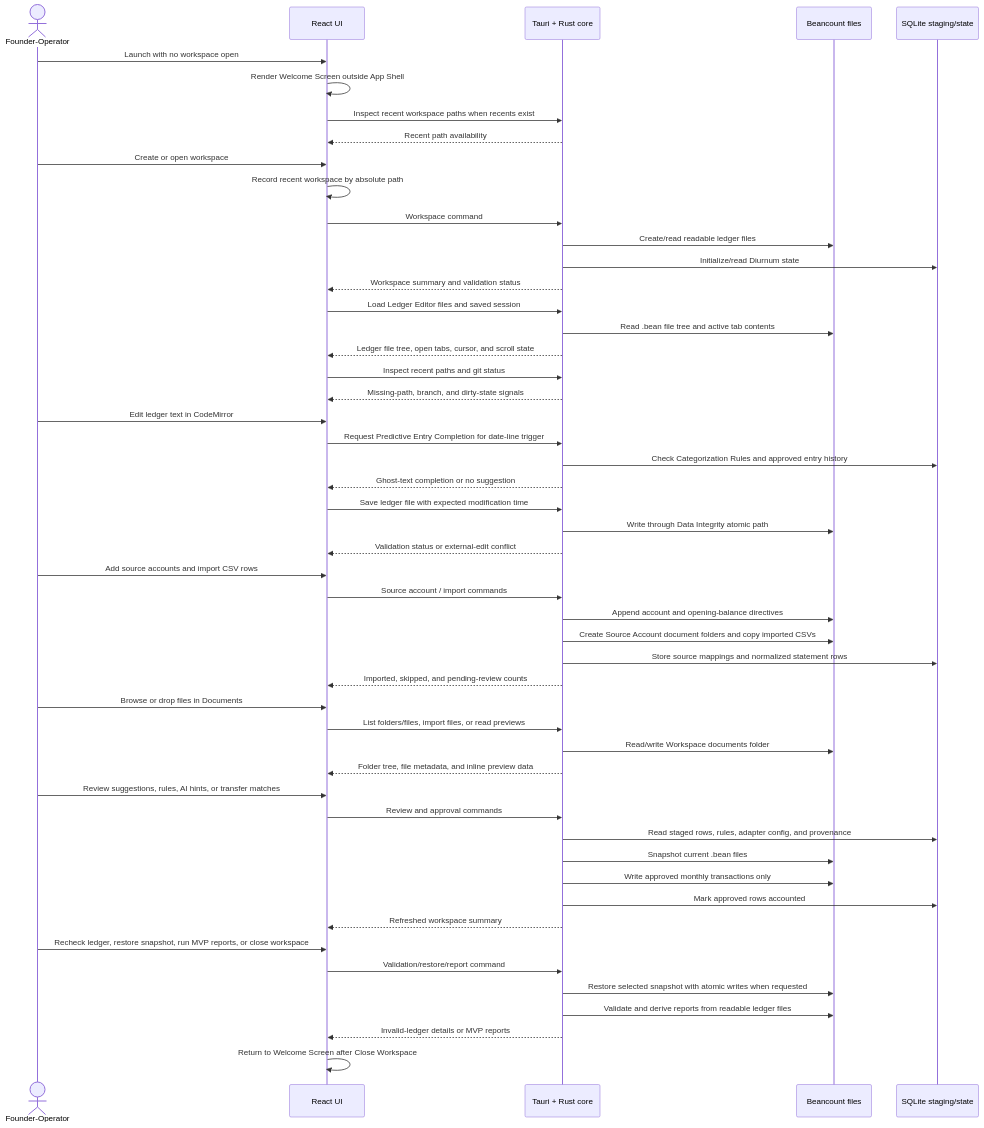
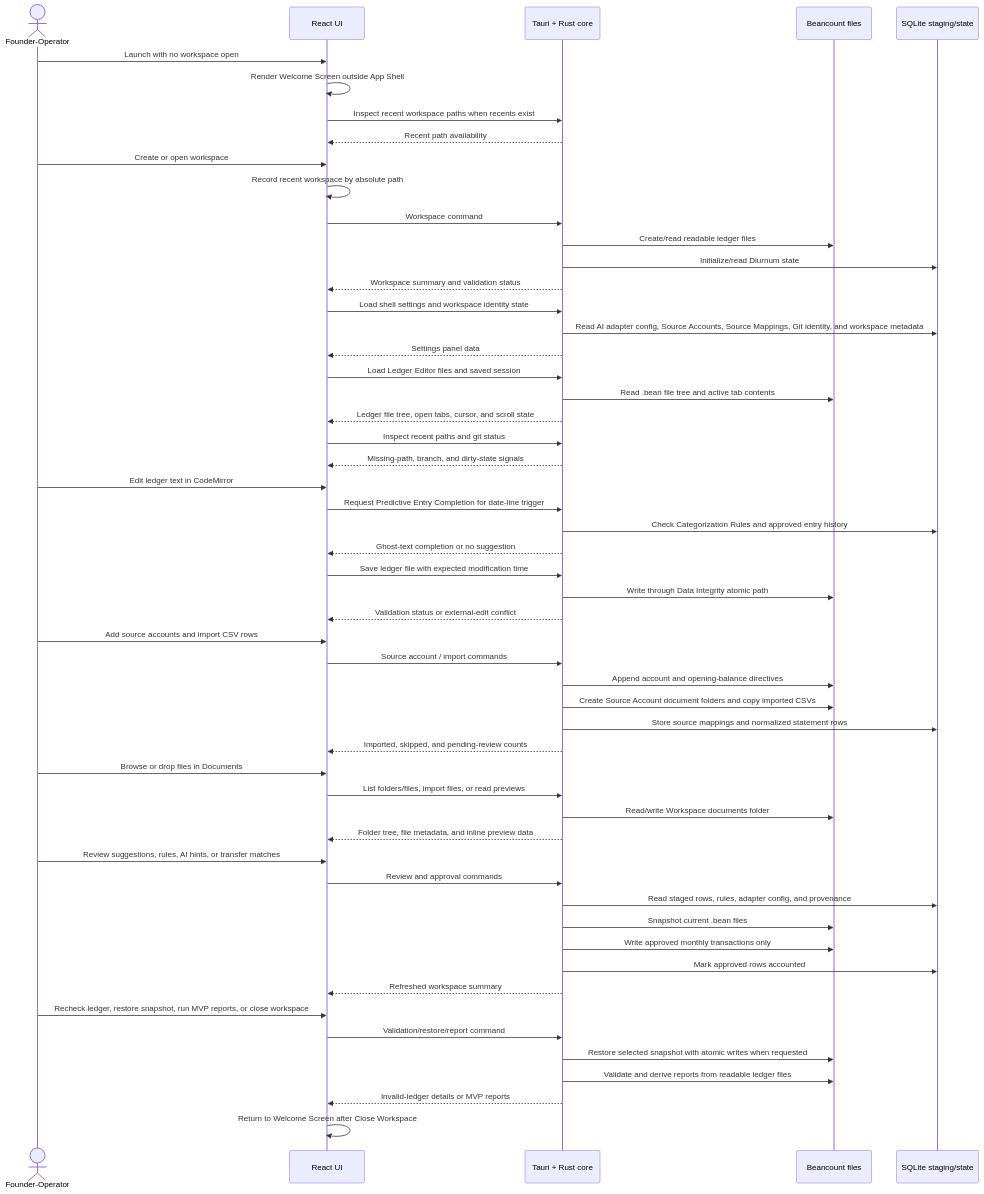
Before and after one commit to Diurnum-Dev/Diurnum: the second of 4 diagrams in docs/architecture.md, drawn with Mermaid. The commit also changed other lines of this file and 16 other files, not shown here.

First line of the commit message:
feat(settings): build V1 workspace settings

````diff
--- a/docs/architecture.md
+++ b/docs/architecture.md
@@ -45,60 +45,63 @@
 ```mermaid
 sequenceDiagram
   actor User as Founder-Operator
   participant UI as React UI
   participant Core as Tauri + Rust core
   participant Ledger as Beancount files
   participant State as SQLite staging/state
 
   User->>UI: Launch with no workspace open
   UI->>UI: Render Welcome Screen outside App Shell
   UI->>Core: Inspect recent workspace paths when recents exist
   Core-->>UI: Recent path availability
 
   User->>UI: Create or open workspace
   UI->>UI: Record recent workspace by absolute path
   UI->>Core: Workspace command
   Core->>Ledger: Create/read readable ledger files
   Core->>State: Initialize/read Diurnum state
   Core-->>UI: Workspace summary and validation status
+  UI->>Core: Load shell settings and workspace identity state
+  Core->>State: Read AI adapter config, Source Accounts, Source Mappings, Git identity, and workspace metadata
+  Core-->>UI: Settings panel data
   UI->>Core: Load Ledger Editor files and saved session
   Core->>Ledger: Read .bean file tree and active tab contents
   Core-->>UI: Ledger file tree, open tabs, cursor, and scroll state
   UI->>Core: Inspect recent paths and git status
   Core-->>UI: Missing-path, branch, and dirty-state signals
 
   User->>UI: Edit ledger text in CodeMirror
   UI->>Core: Request Predictive Entry Completion for date-line trigger
   Core->>State: Check Categorization Rules and approved entry history
   Core-->>UI: Ghost-text completion or no suggestion
   UI->>Core: Save ledger file with expected modification time
   Core->>Ledger: Write through Data Integrity atomic path
   Core-->>UI: Validation status or external-edit conflict
 
   User->>UI: Add source accounts and import CSV rows
   UI->>Core: Source account / import commands
   Core->>Ledger: Append account and opening-balance directives
   Core->>Ledger: Create Source Account document folders and copy imported CSVs
   Core->>State: Store source mappings and normalized statement rows
   Core-->>UI: Imported, skipped, and pending-review counts
 
   User->>UI: Browse or drop files in Documents
   UI->>Core: List folders/files, import files, or read previews
   Core->>Ledger: Read/write Workspace documents folder
   Core-->>UI: Folder tree, file metadata, and inline preview data
 
   User->>UI: Review suggestions, rules, AI hints, or transfer matches
   UI->>Core: Review and approval commands
   Core->>State: Read staged rows, rules, adapter config, and provenance
   Core->>Ledger: Snapshot current .bean files
   Core->>Ledger: Write approved monthly transactions only
   Core->>State: Mark approved rows accounted
   Core-->>UI: Refreshed workspace summary
 
   User->>UI: Recheck ledger, restore snapshot, run MVP reports, or close workspace
   UI->>Core: Validation/restore/report command
   Core->>Ledger: Restore selected snapshot with atomic writes when requested
   Core->>Ledger: Validate and derive reports from readable ledger files
   Core-->>UI: Invalid-ledger details or MVP reports
   UI->>UI: Return to Welcome Screen after Close Workspace
 ```
````
